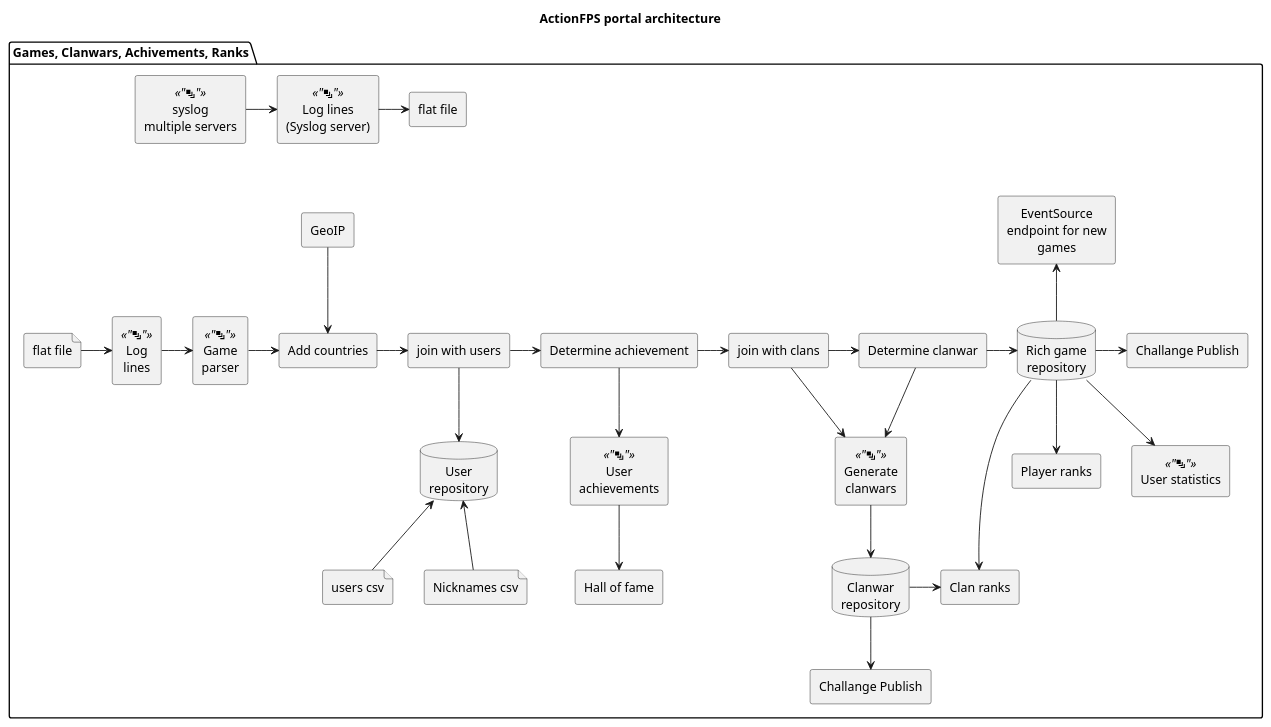
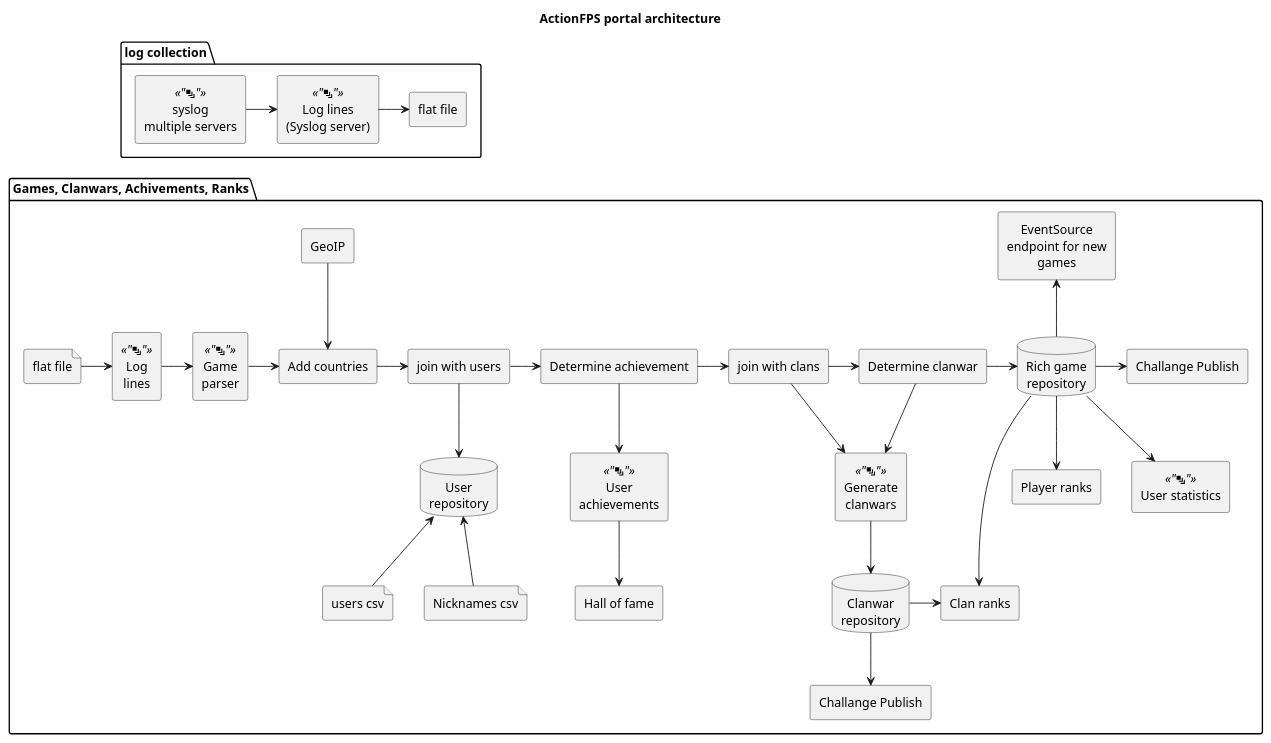
One commit to omainegra/ActionFPS changed the first of 2 diagrams in docs/architecture.plantuml. Above: the diagram before and after it, drawn with PlantUML.

Commit message:
The syslog bit of 3 nodes belongs in a separate part by itself. You could call that group "log collection".

```diff
--- a/docs/architecture.plantuml
+++ b/docs/architecture.plantuml
@@ -1,76 +1,78 @@
 @startuml
 skinparam DefaultTextAlignment center
 
 title ActionFPS portal architecture
 
-package "Games, Clanwars, Achivements, Ranks" as p2 {
+package "log collection" as p1 {
     rectangle "syslog\nmultiple servers" <<"<&layers>">> as syslog
     rectangle "Log lines\n(Syslog server)" <<"<&layers>">> as loglines
     rectangle "flat file" as flatfile1
 
         syslog -> loglines
         loglines -> flatfile1
+}
+package "Games, Clanwars, Achivements, Ranks" as p2 {
 
     file "flat file" as flatFile2
     rectangle "Log\nlines" <<"<&layers>">> as logLines2
     rectangle "Game\nparser" <<"<&layers>">> as gameParser
     rectangle "Add countries" as addCountries
     rectangle "join with users" as joinWithUsers
     rectangle "Determine achievement" as determineAchievement
     rectangle "join with clans" as joinWithClans
     rectangle "Determine clanwar" as determineClanwar
     database "Rich game\nrepository" as richGameRepository
 
 
         flatFile2 -> logLines2
         logLines2 -> gameParser
         gameParser -> addCountries
         addCountries -> joinWithUsers
         joinWithUsers -> determineAchievement
         determineAchievement -> joinWithClans
         joinWithClans -> determineClanwar
         determineClanwar -> richGameRepository
 
     rectangle "GeoIP" as geoIp
 
     loglines -[hidden]-> geoIp
 
         geoIp --> addCountries
 
     database "User\nrepository" as userRepository
     file "users csv" as users.csv
     file "Nicknames csv" as nicknames.csv
 
         joinWithUsers --> userRepository
         userRepository <-- users.csv
         userRepository <-- nicknames.csv
 
     rectangle "User\nachievements" <<"<&layers>">> as userAchievements
     rectangle "Hall of fame" as hallOfFame
 
     determineAchievement --> userAchievements
     userAchievements --> hallOfFame
 
     rectangle "Generate\nclanwars" <<"<&layers>">> as generateClanwars
     database "Clanwar\nrepository" as clanwarRepository
     rectangle "Clan ranks" as clanRanks
     rectangle "Challange Publish" as challangePublish
     rectangle "Player ranks" as playerRanks
     rectangle "User statistics" <<"<&layers>">> as userStatistics
     rectangle "Challange Publish" as challangePublish2
     rectangle "EventSource\nendpoint for new\ngames" as eventSourceEndpoint
 
 
         joinWithClans --> generateClanwars
         determineClanwar --> generateClanwars
         generateClanwars --> clanwarRepository
         clanwarRepository -> clanRanks
         clanwarRepository --> challangePublish
         richGameRepository --> clanRanks
         richGameRepository --> playerRanks
         richGameRepository --> userStatistics
         richGameRepository -> challangePublish2
         eventSourceEndpoint <-- richGameRepository
 }
 
 @enduml
```
